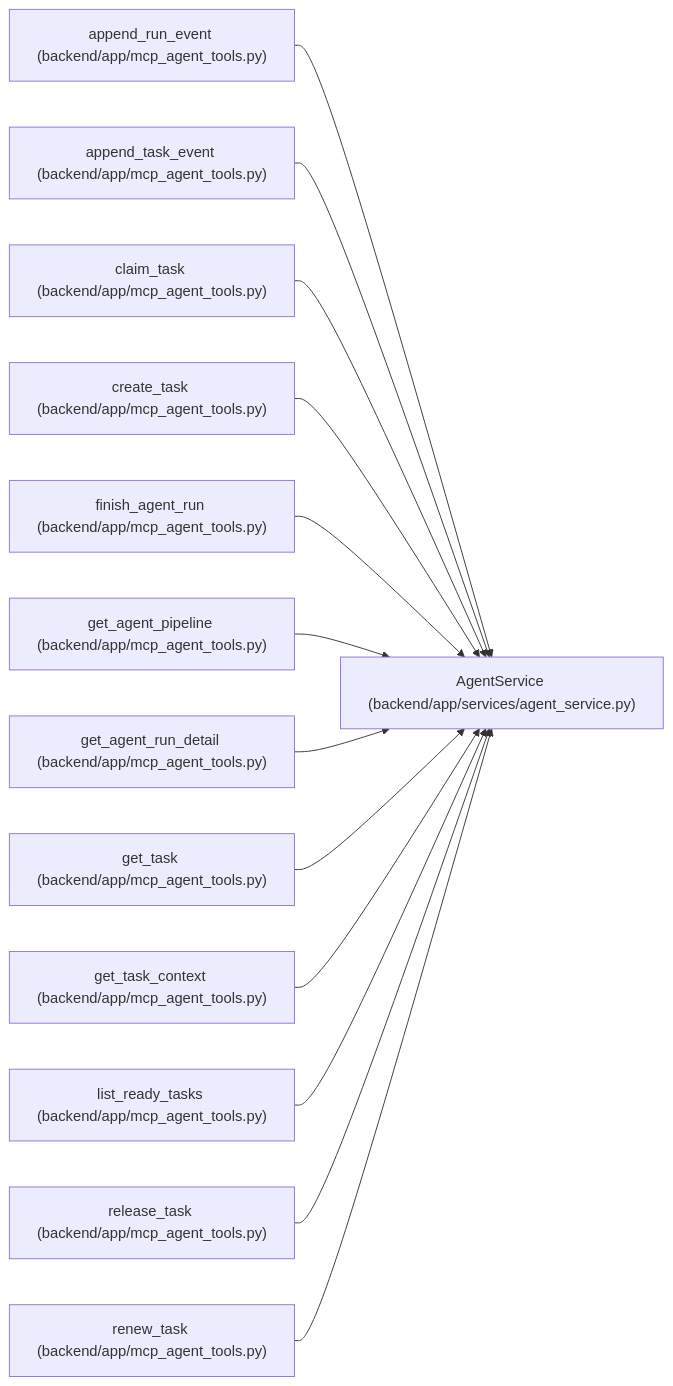
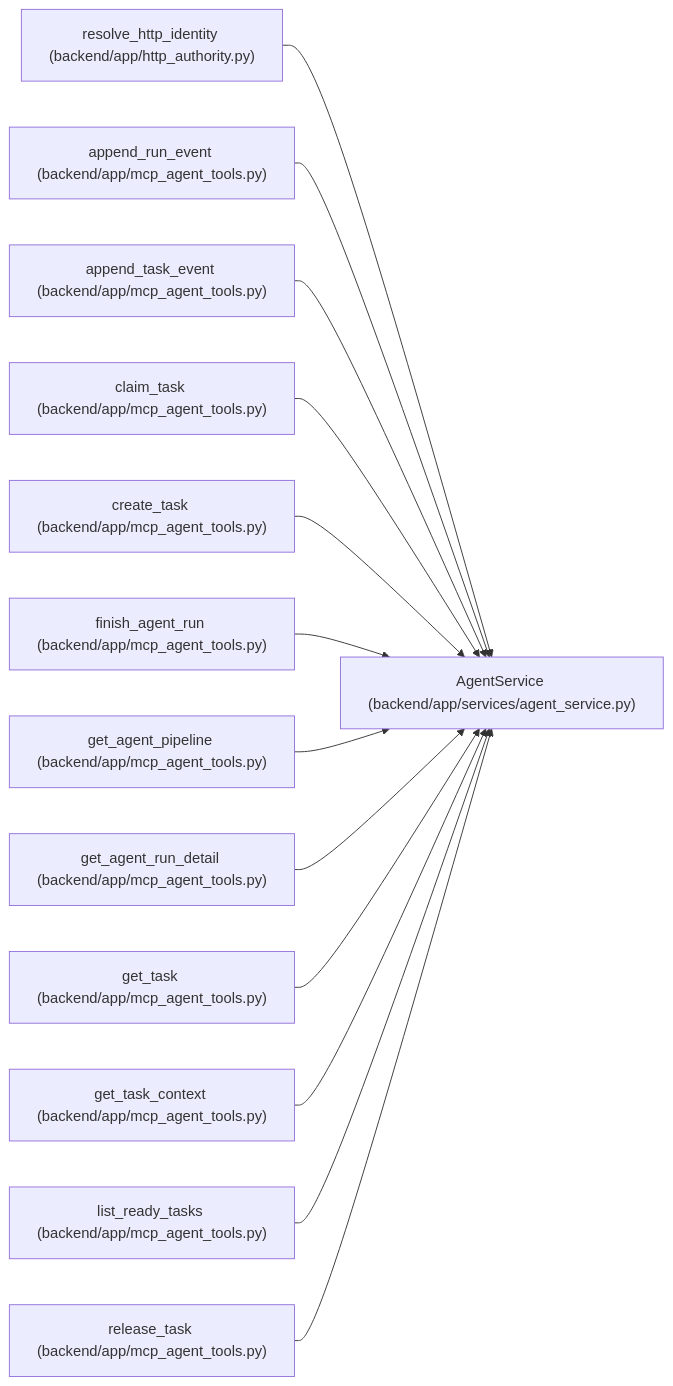
The diagram in docs/llm_wiki/entities/AgentService.md (Denissvgn/WorkChord), drawn with Mermaid before and after one commit. The commit also changed other lines of this file and 958 other files, not shown here.

First line of the commit message:
docs(wiki): refresh identity and recovery architecture

````diff
--- a/docs/llm_wiki/entities/AgentService.md
+++ b/docs/llm_wiki/entities/AgentService.md
@@ -57,41 +57,41 @@
 ```mermaid
 flowchart LR
     n0["AgentService (backend/app/services/agent_service.py)"]
-    n1["append_run_event (backend/app/mcp_agent_tools.py)"]
-    n2["append_task_event (backend/app/mcp_agent_tools.py)"]
-    n3["claim_task (backend/app/mcp_agent_tools.py)"]
-    n4["create_task (backend/app/mcp_agent_tools.py)"]
-    n5["finish_agent_run (backend/app/mcp_agent_tools.py)"]
-    n6["get_agent_pipeline (backend/app/mcp_agent_tools.py)"]
-    n7["get_agent_run_detail (backend/app/mcp_agent_tools.py)"]
-    n8["get_task (backend/app/mcp_agent_tools.py)"]
-    n9["get_task_context (backend/app/mcp_agent_tools.py)"]
-    n10["list_ready_tasks (backend/app/mcp_agent_tools.py)"]
-    n11["release_task (backend/app/mcp_agent_tools.py)"]
-    n12["renew_task (backend/app/mcp_agent_tools.py)"]
+    n1["resolve_http_identity (backend/app/http_authority.py)"]
+    n2["append_run_event (backend/app/mcp_agent_tools.py)"]
+    n3["append_task_event (backend/app/mcp_agent_tools.py)"]
+    n4["claim_task (backend/app/mcp_agent_tools.py)"]
+    n5["create_task (backend/app/mcp_agent_tools.py)"]
+    n6["finish_agent_run (backend/app/mcp_agent_tools.py)"]
+    n7["get_agent_pipeline (backend/app/mcp_agent_tools.py)"]
+    n8["get_agent_run_detail (backend/app/mcp_agent_tools.py)"]
+    n9["get_task (backend/app/mcp_agent_tools.py)"]
+    n10["get_task_context (backend/app/mcp_agent_tools.py)"]
+    n11["list_ready_tasks (backend/app/mcp_agent_tools.py)"]
+    n12["release_task (backend/app/mcp_agent_tools.py)"]
     n1 --> n0
     n2 --> n0
     n3 --> n0
     n4 --> n0
     n5 --> n0
     n6 --> n0
     n7 --> n0
     n8 --> n0
     n9 --> n0
     n10 --> n0
     n11 --> n0
     n12 --> n0
     click n0 "../modules/agent_service.md"
-    click n1 "../modules/mcp_agent_tools.md"
+    click n1 "../modules/http_authority.md"
     click n2 "../modules/mcp_agent_tools.md"
     click n3 "../modules/mcp_agent_tools.md"
     click n4 "../modules/mcp_agent_tools.md"
     click n5 "../modules/mcp_agent_tools.md"
     click n6 "../modules/mcp_agent_tools.md"
     click n7 "../modules/mcp_agent_tools.md"
     click n8 "../modules/mcp_agent_tools.md"
     click n9 "../modules/mcp_agent_tools.md"
     click n10 "../modules/mcp_agent_tools.md"
     click n11 "../modules/mcp_agent_tools.md"
     click n12 "../modules/mcp_agent_tools.md"
 ```
````
